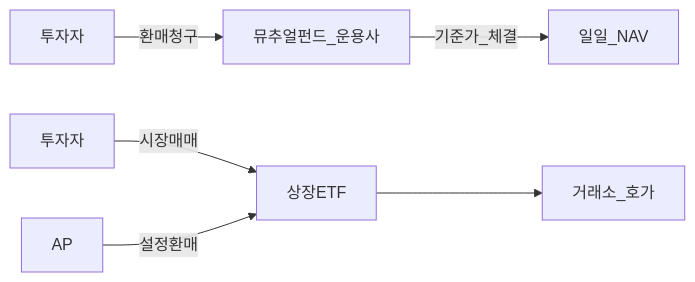
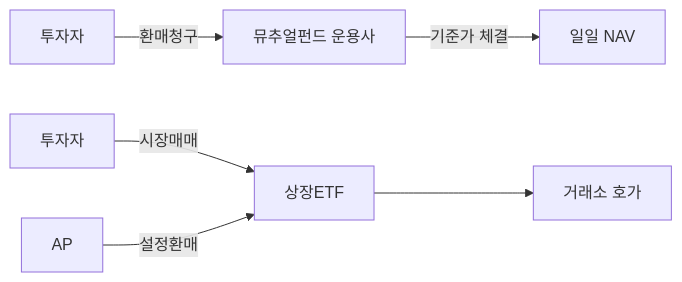
Before and after one commit to goldanghenry/Finances: the first of 5 diagrams in 03-markets/mutual-funds-active.md, drawn with Mermaid. The commit also changed other lines of this file and 211 other files, not shown here.

````diff
--- a/03-markets/mutual-funds-active.md
+++ b/03-markets/mutual-funds-active.md
@@ -120,8 +129,8 @@
 ```mermaid
 flowchart LR
-  Inv[투자자] -->|환매청구| Fund[뮤추얼펀드_운용사]
-  Fund -->|기준가_체결| NAV[일일_NAV]
+  Inv[투자자] -->|환매청구| Fund["뮤추얼펀드 운용사"]
+  Fund -->|"기준가 체결"| NAV["일일 NAV"]
   Inv2[투자자] -->|시장매매| ETF[상장ETF]
-  ETF --> Mkt[거래소_호가]
+  ETF --> Mkt["거래소 호가"]
   AP[AP] -->|설정환매| ETF
 ```
````
